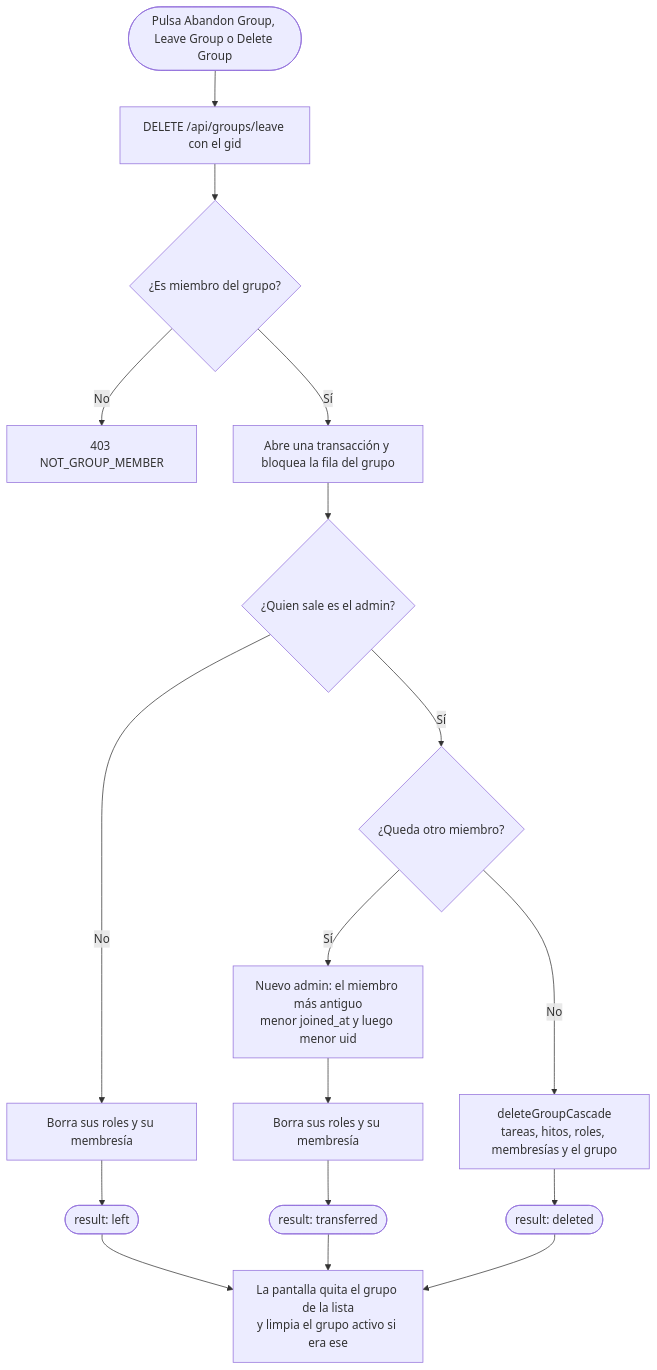
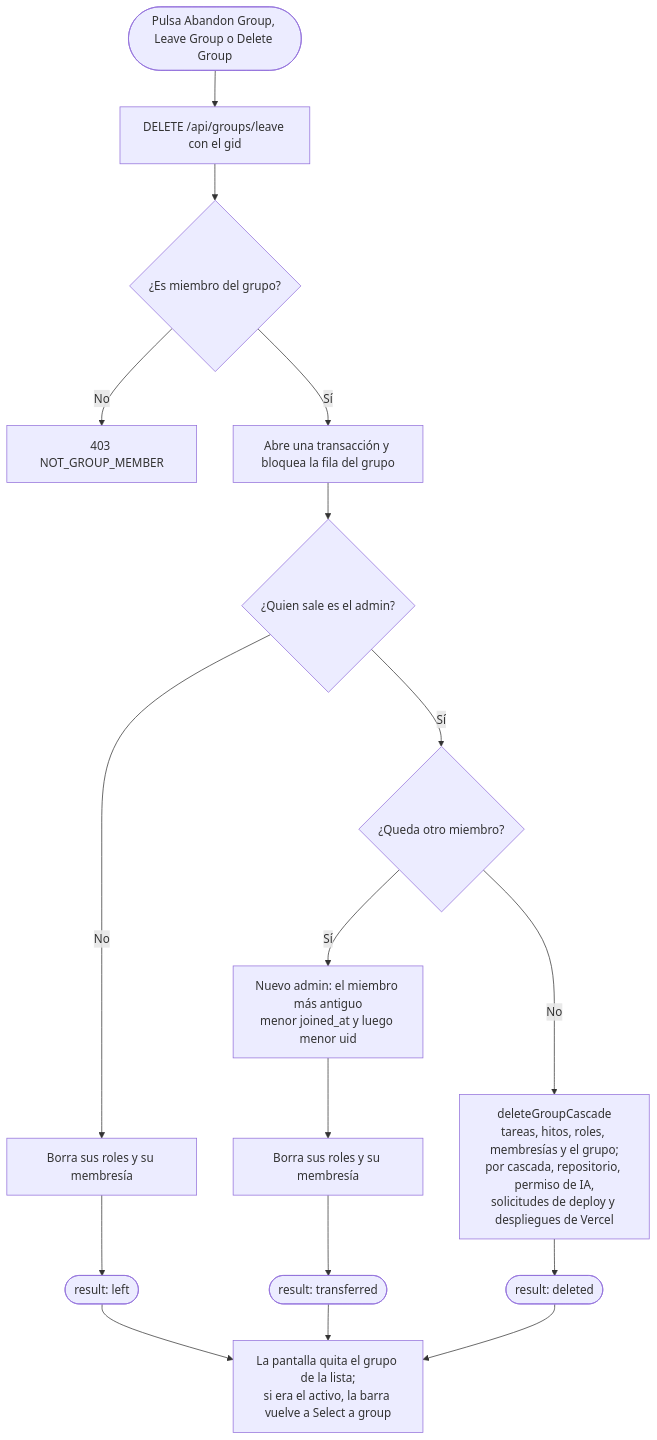
The fourth of 4 diagrams in documentacion/06-flujos/02-grupos-y-roles.md (PabloP150/proyecto-is-cc6), drawn with Mermaid before and after one commit. The commit also changed other lines of this file and 204 other files, not shown here.

First line of the commit message:
docs: update all documentation, diagrams and PNGs to the test/e2e state

````diff
--- a/documentacion/06-flujos/02-grupos-y-roles.md
+++ b/documentacion/06-flujos/02-grupos-y-roles.md
@@ -56,19 +75,19 @@
 ```mermaid
 flowchart TD
     S(["Pulsa Abandon Group, Leave Group o Delete Group"]) --> R["DELETE /api/groups/leave con el gid"]
     R --> M{"¿Es miembro del grupo?"}
     M -->|"No"| E403["403 NOT_GROUP_MEMBER"]
     M -->|"Sí"| L["Abre una transacción y bloquea la fila del grupo"]
     L --> AD{"¿Quien sale es el admin?"}
     AD -->|"No"| DEL["Borra sus roles y su membresía"]
     DEL --> LEFT(["result: left"])
     AD -->|"Sí"| NX{"¿Queda otro miembro?"}
     NX -->|"Sí"| TR["Nuevo admin: el miembro más antiguo<br/>menor joined_at y luego menor uid"]
     TR --> DEL2["Borra sus roles y su membresía"]
     DEL2 --> TRANS(["result: transferred"])
-    NX -->|"No"| CAS["deleteGroupCascade<br/>tareas, hitos, roles, membresías y el grupo"]
+    NX -->|"No"| CAS["deleteGroupCascade<br/>tareas, hitos, roles, membresías y el grupo;<br/>por cascada, repositorio, permiso de IA,<br/>solicitudes de deploy y despliegues de Vercel"]
     CAS --> DELD(["result: deleted"])
-    LEFT --> UI["La pantalla quita el grupo de la lista<br/>y limpia el grupo activo si era ese"]
+    LEFT --> UI["La pantalla quita el grupo de la lista;<br/>si era el activo, la barra vuelve a Select a group"]
     TRANS --> UI
     DELD --> UI
 ```
````
